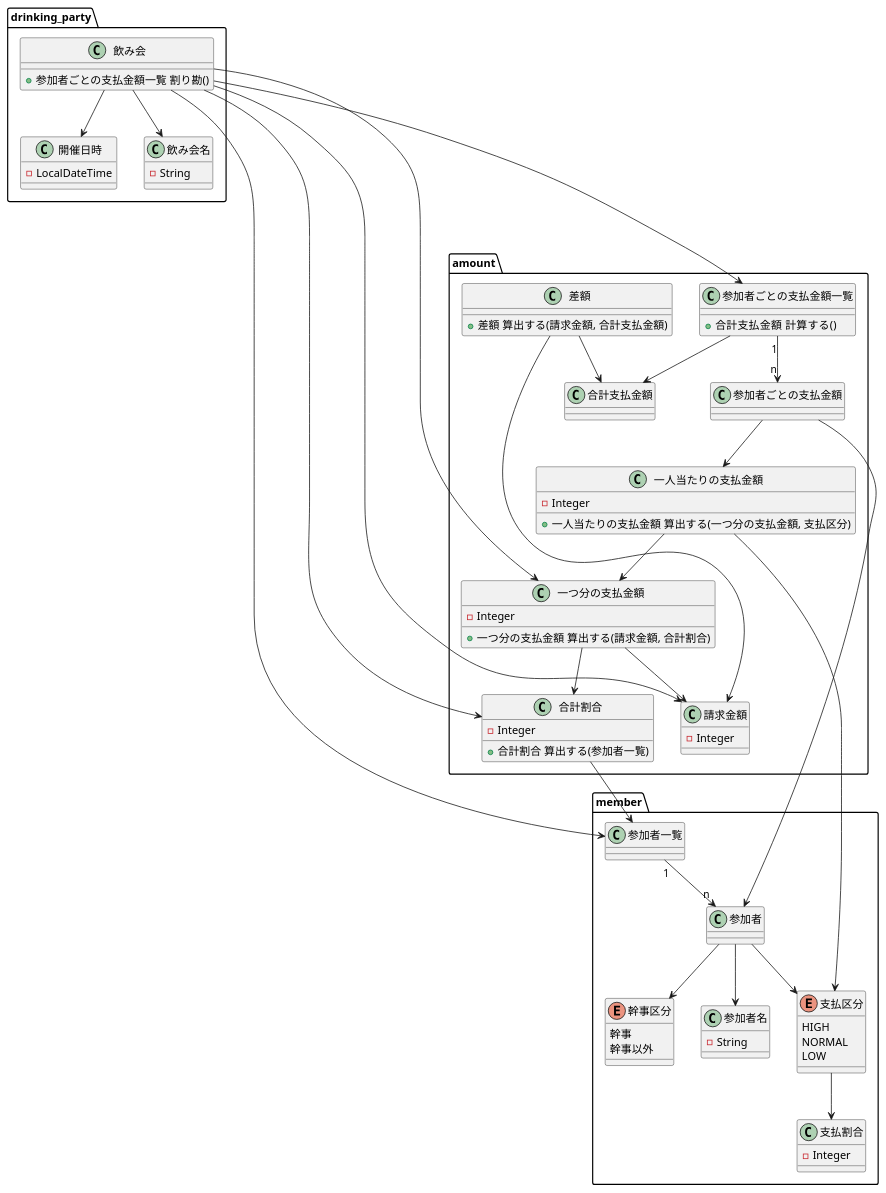
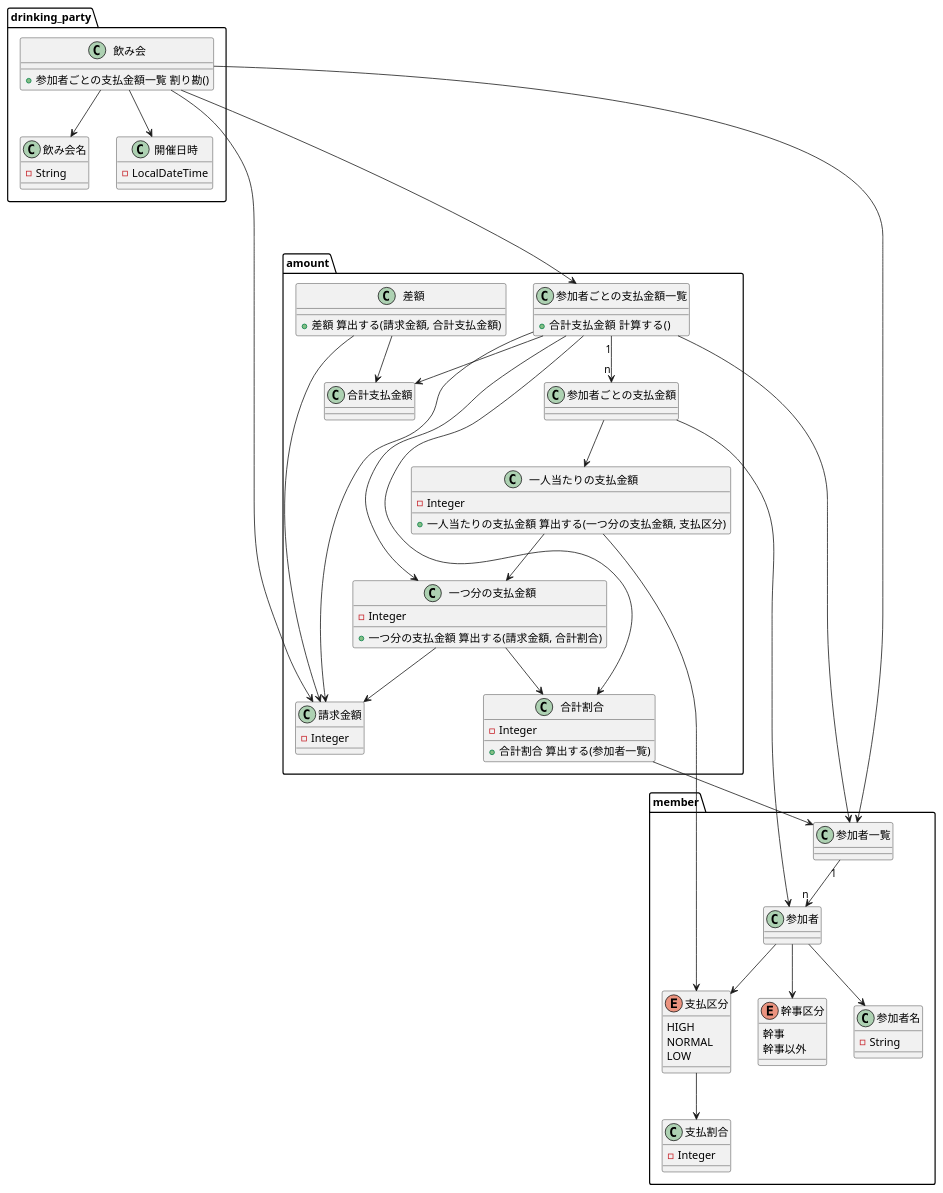
One commit to mmm00mmm/ddd-warikan changed the diagram in doc/モデル３.puml. Above: the diagram before and after it, drawn with PlantUML. The commit also changed 2 other files, not shown here.

```diff
--- a/doc/モデル３.puml
+++ b/doc/モデル３.puml
@@ -1,91 +1,96 @@
 @startuml
 
 package drinking_party {
     class 飲み会 {
         + 参加者ごとの支払金額一覧 割り勘()
     }
     class 飲み会名 {
         - String
     }
     class 開催日時 {
         - LocalDateTime
     }
 
     飲み会 --> 飲み会名
     飲み会 --> 開催日時
 }
 
 package member {
     class 参加者名 {
         - String
     }
     enum 幹事区分 {
         幹事
         幹事以外
     }
     enum 支払区分 {
         HIGH
         NORMAL
         LOW
     }
     class 支払割合 {
         - Integer
     }
 
     参加者一覧 "1" --> "n" 参加者
     参加者 --> 参加者名
     参加者 --> 幹事区分
     参加者 --> 支払区分
     支払区分 --> 支払割合
 }
 
 package amount {
     class 請求金額 {
         - Integer
     }
     class 一つ分の支払金額 {
         - Integer
         + 一つ分の支払金額 算出する(請求金額, 合計割合)
     }
     class 一人当たりの支払金額 {
         - Integer
         + 一人当たりの支払金額 算出する(一つ分の支払金額, 支払区分)
     }
     class 合計割合 {
         - Integer
         + 合計割合 算出する(参加者一覧)
     }
     class 参加者ごとの支払金額 {
     }
     class 参加者ごとの支払金額一覧 {
         + 合計支払金額  計算する()
     }
     class 合計支払金額 {
     }
     class 差額 {
         + 差額 算出する(請求金額, 合計支払金額)
     }
 
     一つ分の支払金額 --> 請求金額
     参加者ごとの支払金額 --> 一人当たりの支払金額
     参加者ごとの支払金額一覧 "1" --> "n" 参加者ごとの支払金額
     参加者ごとの支払金額一覧 --> 合計支払金額
     差額 --> 請求金額
     差額 --> 合計支払金額
 }
 
 飲み会 --> 請求金額
-飲み会 --> 一つ分の支払金額
 飲み会 ----> 参加者ごとの支払金額一覧
-飲み会 --> 合計割合
 飲み会 --> 参加者一覧
 
 一つ分の支払金額 --> 合計割合
 合計割合 --> 参加者一覧
+
+参加者ごとの支払金額一覧 --> 参加者一覧
+参加者ごとの支払金額一覧 --> 請求金額
+参加者ごとの支払金額一覧 --> 一つ分の支払金額
+参加者ごとの支払金額一覧 --> 合計割合
+
+
 
 一人当たりの支払金額 --> 一つ分の支払金額
 一人当たりの支払金額 --> 支払区分
 
 参加者ごとの支払金額 --> 参加者
 
 @enduml
```
